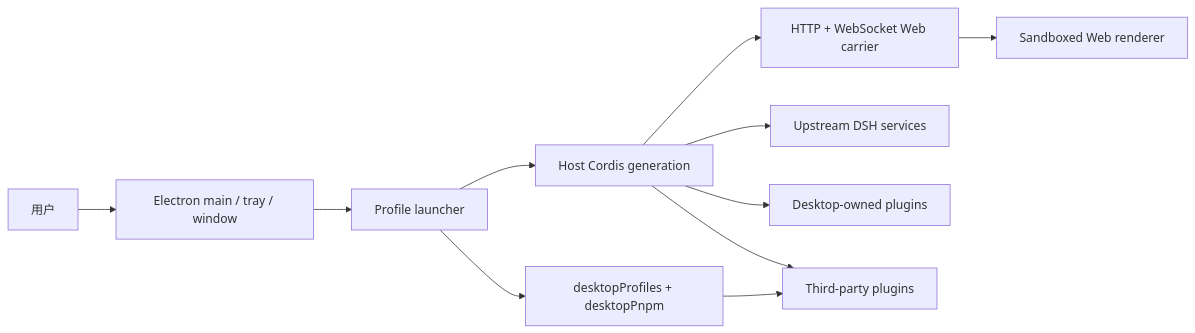
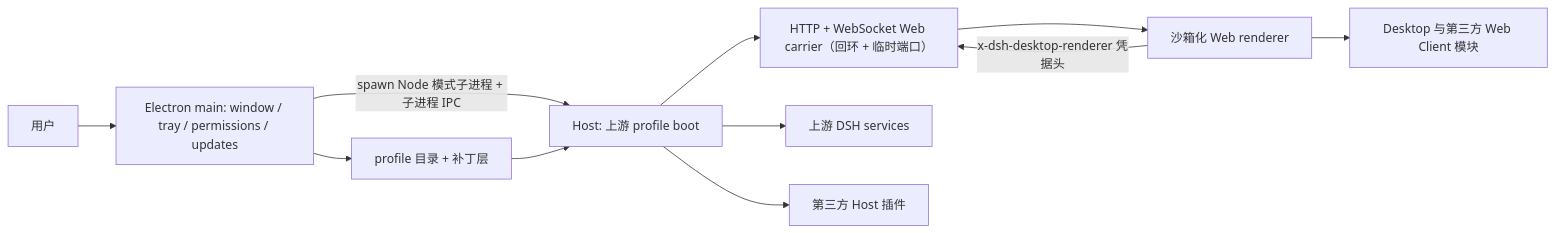
The diagram in docs/architecture.md (NoneadChina/Nonead-DSH-Desktop), drawn with Mermaid before and after one commit. The commit also changed other lines of this file and 889 other files, not shown here.

````diff
--- a/docs/architecture.md
+++ b/docs/architecture.md
@@ -7,13 +12,13 @@
 ```mermaid
 flowchart LR
-  User[用户] --> Native[Electron main / tray / window]
-  Native --> Launcher[Profile launcher]
-  Launcher --> Host[Host Cordis generation]
-  Host --> Carrier[HTTP + WebSocket Web carrier]
-  Carrier --> Renderer[Sandboxed Web renderer]
-  Host --> Upstream[Upstream DSH services]
-  Host --> Desktop[Desktop-owned plugins]
-  Host --> ThirdParty[Third-party plugins]
-  Launcher --> Services[desktopProfiles + desktopPnpm]
-  Services --> ThirdParty
+  User[用户] --> Shell[Electron main: window / tray / permissions / updates]
+  Shell -->|"spawn Node 模式子进程 + 子进程 IPC"| Host[Host: 上游 profile boot]
+  Shell --> Profile["profile 目录 + 补丁层"]
+  Profile --> Host
+  Host --> Carrier["HTTP + WebSocket Web carrier（回环 + 临时端口）"]
+  Carrier --> Renderer[沙箱化 Web renderer]
+  Host --> Upstream[上游 DSH services]
+  Host --> ThirdParty[第三方 Host 插件]
+  Renderer -->|"x-dsh-desktop-renderer 凭据头"| Carrier
+  Renderer --> ClientPlugins["Desktop 与第三方 Web Client 模块"]
 ```
````
